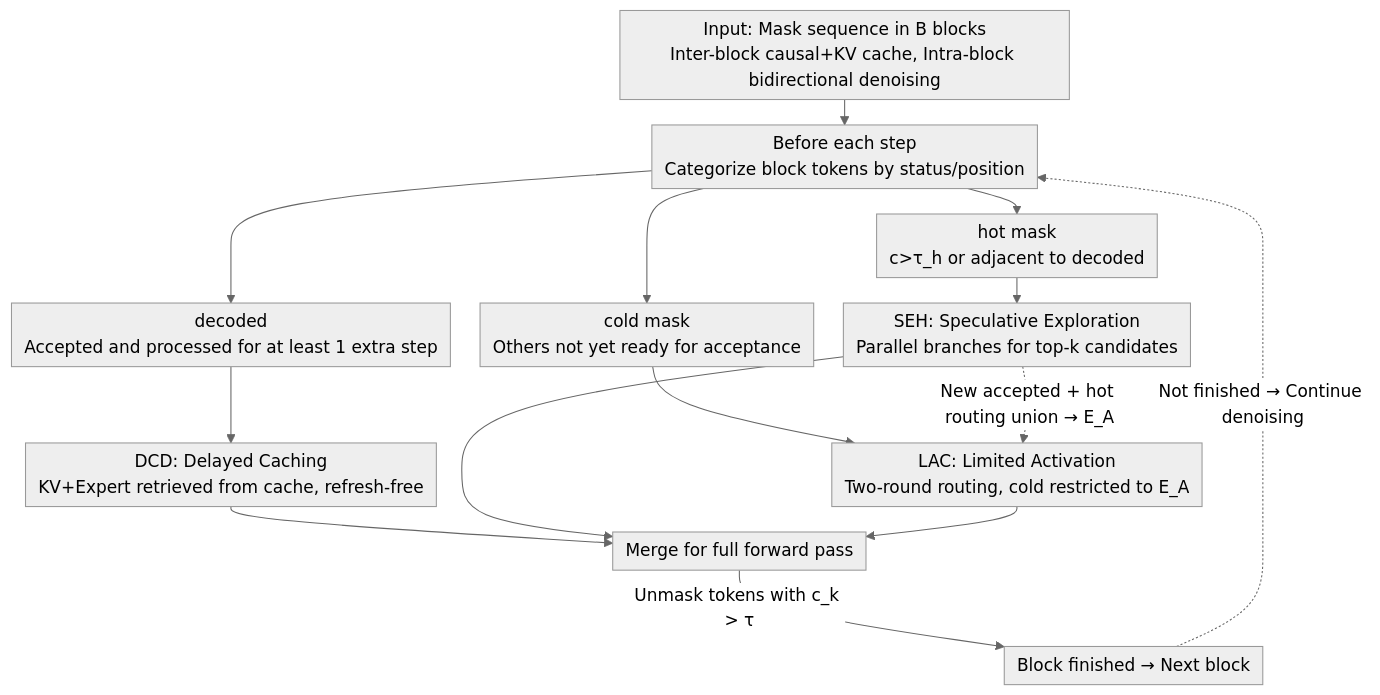
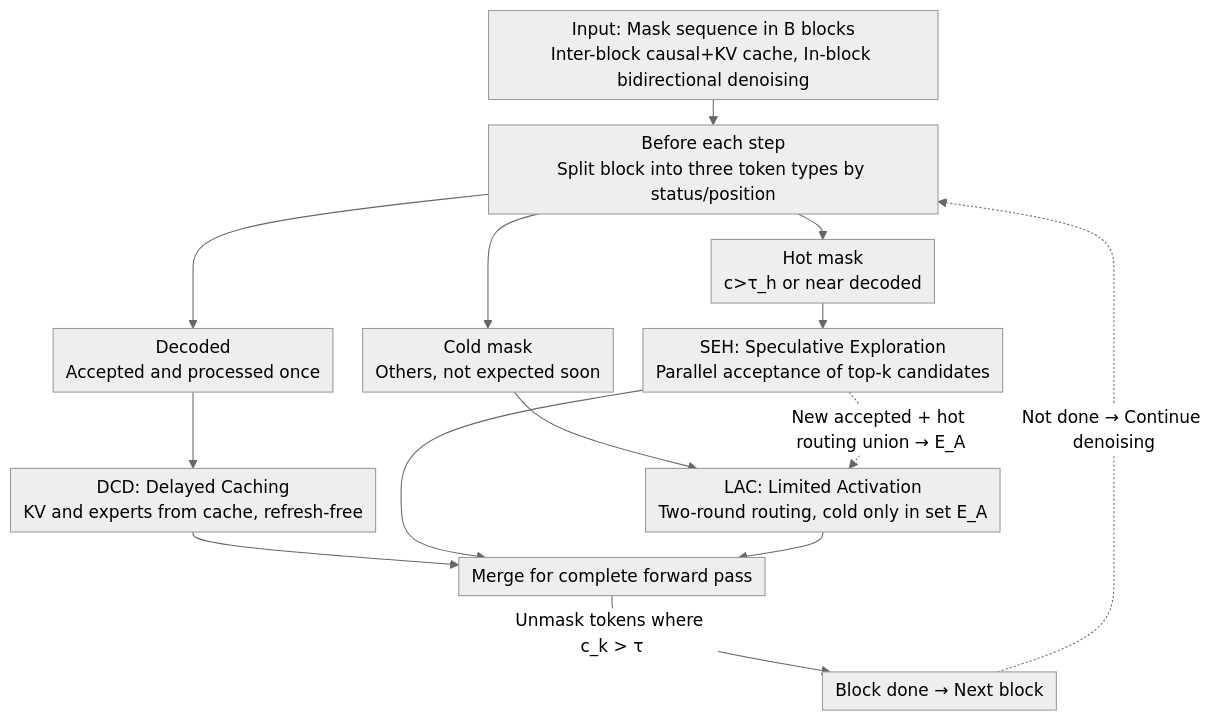
Before and after one commit to zhaoyang97/Paper-Notes-en: the diagram in docs/ICML2026/llm_efficiency/team_temporal-spatial_consistency_guided_expert_activation_for_moe_diffusion_lan.md, drawn with Mermaid (neutral theme). The commit also changed other lines of this file and 5084 other files, not shown here.

````diff
--- a/docs/ICML2026/llm_efficiency/team_temporal-spatial_consistency_guided_expert_activation_for_moe_diffusion_lan.md
+++ b/docs/ICML2026/llm_efficiency/team_temporal-spatial_consistency_guided_expert_activation_for_moe_diffusion_lan.md
@@ -45,17 +45,17 @@
 ```mermaid
 %%{init: {'flowchart': {'rankSpacing': 24, 'nodeSpacing': 28, 'padding': 6, 'wrappingWidth': 400}}}%%
 flowchart TD
-    A["Input: Mask sequence in B blocks<br/>Inter-block causal+KV cache, Intra-block bidirectional denoising"] --> B["Before each step<br/>Categorize block tokens by status/position"]
-    B --> C["decoded<br/>Accepted and processed for at least 1 extra step"]
-    B --> D["hot mask<br/>c>τ_h or adjacent to decoded"]
-    B --> E["cold mask<br/>Others not yet ready for acceptance"]
-    C --> F["DCD: Delayed Caching<br/>KV+Expert retrieved from cache, refresh-free"]
-    D --> G["SEH: Speculative Exploration<br/>Parallel branches for top-k candidates"]
-    E --> H["LAC: Limited Activation<br/>Two-round routing, cold restricted to E_A"]
+    A["Input: Mask sequence in B blocks<br/>Inter-block causal+KV cache, In-block bidirectional denoising"] --> B["Before each step<br/>Split block into three token types by status/position"]
+    B --> C["Decoded<br/>Accepted and processed once"]
+    B --> D["Hot mask<br/>c>τ_h or near decoded"]
+    B --> E["Cold mask<br/>Others, not expected soon"]
+    C --> F["DCD: Delayed Caching<br/>KV and experts from cache, refresh-free"]
+    D --> G["SEH: Speculative Exploration<br/>Parallel acceptance of top-k candidates"]
+    E --> H["LAC: Limited Activation<br/>Two-round routing, cold only in set E_A"]
     G -.->|New accepted + hot routing union → E_A| H
-    F --> I["Merge for full forward pass"]
+    F --> I["Merge for complete forward pass"]
     G --> I
     H --> I
-    I -->|Unmask tokens with c_k > τ| J["Block finished → Next block"]
-    J -.->|Not finished → Continue denoising| B
+    I -->|Unmask tokens where c_k > τ| J["Block done → Next block"]
+    J -.->|Not done → Continue denoising| B
 ```
````
